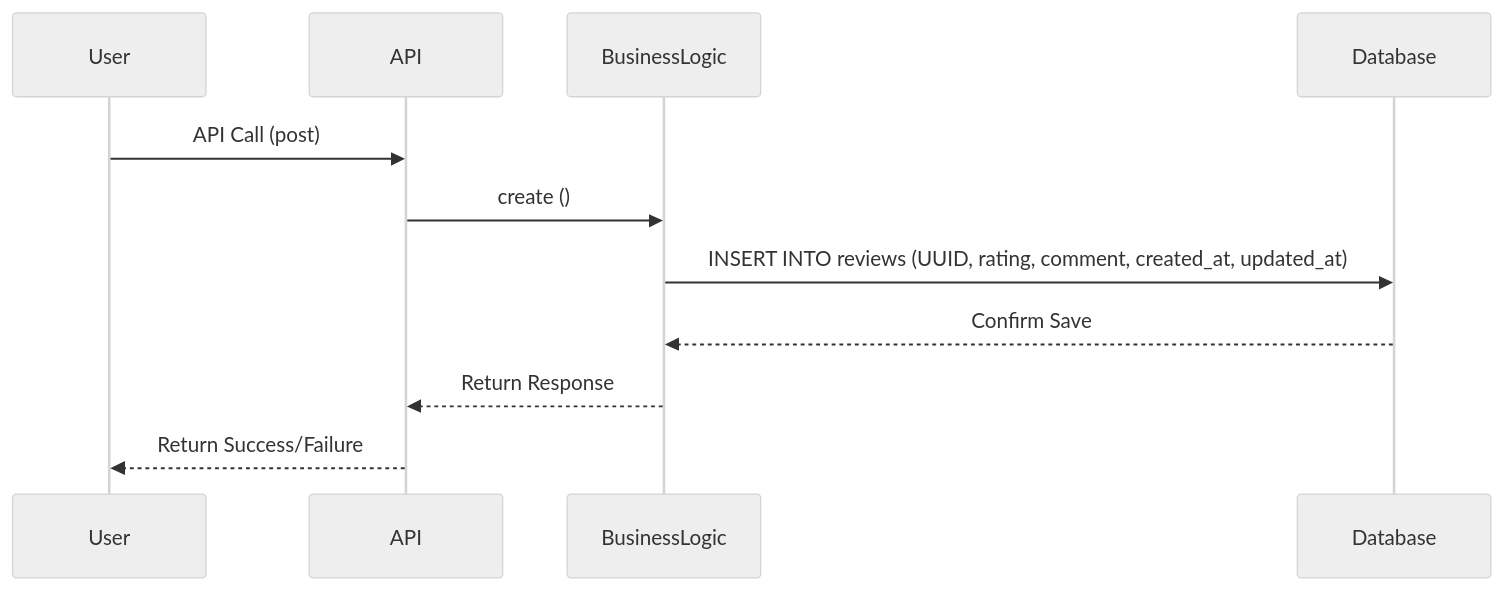
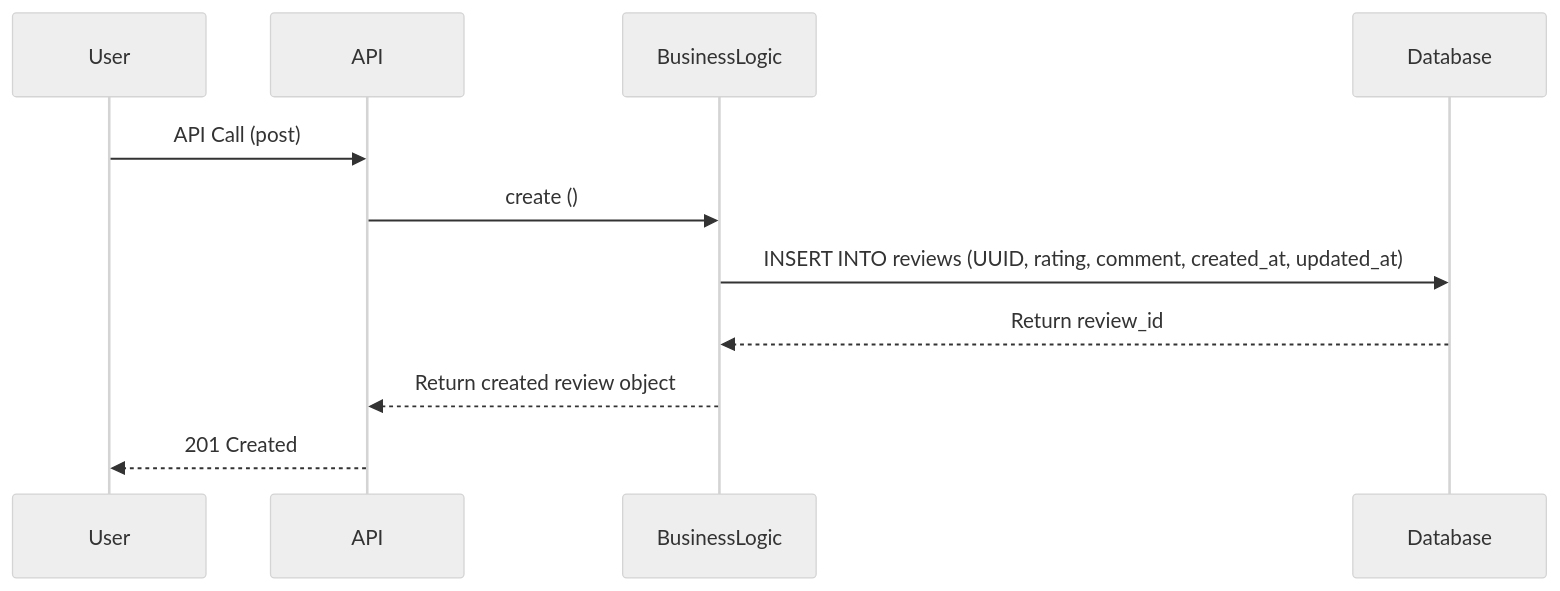
The third of 4 diagrams in README.md (shahd-v/holbertonschool-hbnb), drawn with Mermaid (neutral theme) before and after one commit.

````diff
--- a/README.md
+++ b/README.md
@@ -68,14 +68,14 @@
 ```mermaid
 sequenceDiagram
 participant User
 participant API
 participant BusinessLogic
 participant Database
 
 User->>API: API Call (post)
 API->>BusinessLogic: create ()
 BusinessLogic->>Database: INSERT INTO reviews (UUID, rating, comment, created_at, updated_at)
-Database-->>BusinessLogic: Confirm Save
-BusinessLogic-->>API: Return Response
-API-->>User: Return Success/Failure
+Database-->>BusinessLogic: Return review_id
+BusinessLogic-->>API: Return created review object
+API-->>User: 201 Created
 ```
````
